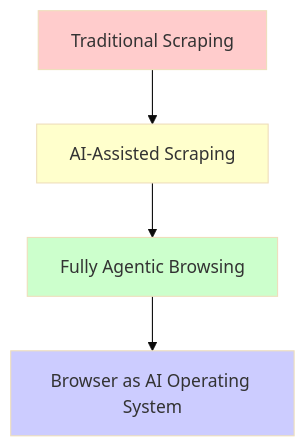
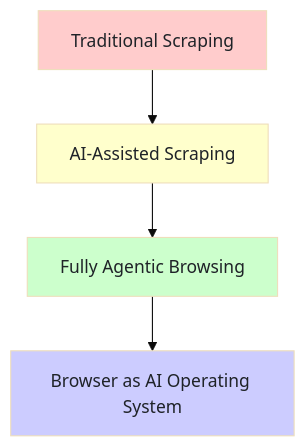
Before and after one commit to bytetunnels/bytetunnels.github.com: the third of 3 diagrams in _posts/2026-01-29-google-chrome-auto-browse-what-it-means-for-web-scraping.md, drawn with Mermaid (base theme). The commit also changed other lines of this file and 118 other files, not shown here.

Commit message:
feat: improve diagram styling and compact wide flowcharts

````diff
--- a/_posts/2026-01-29-google-chrome-auto-browse-what-it-means-for-web-scraping.md
+++ b/_posts/2026-01-29-google-chrome-auto-browse-what-it-means-for-web-scraping.md
@@ -408,11 +408,11 @@
 ```mermaid
 graph TD
     A["Traditional Scraping"] --> B["AI-Assisted Scraping"]
     B --> C["Fully Agentic Browsing"]
     C --> D["Browser as AI Operating System"]
 
-    style A fill:#ffcccc
-    style B fill:#ffffcc
-    style C fill:#ccffcc
-    style D fill:#ccccff
+    style A fill:#ffcccc,color:#1f2328
+    style B fill:#ffffcc,color:#1f2328
+    style C fill:#ccffcc,color:#1f2328
+    style D fill:#ccccff,color:#1f2328
 ```
````
